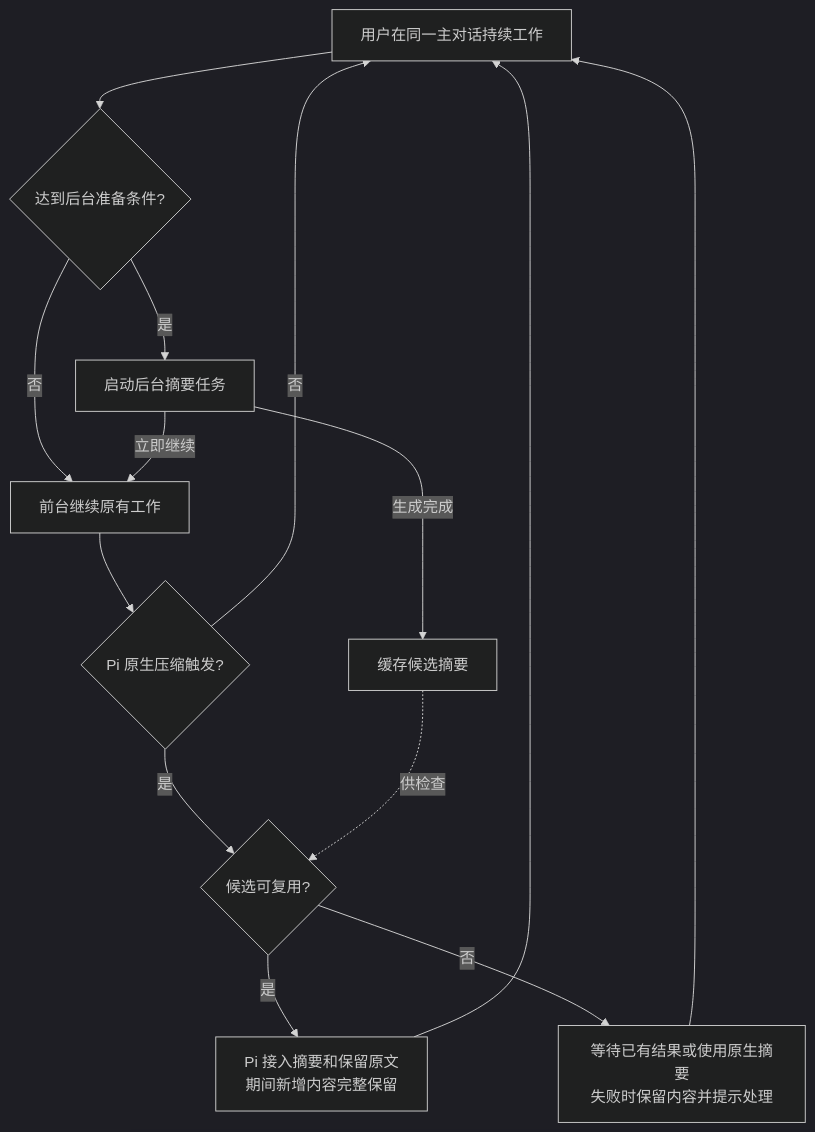
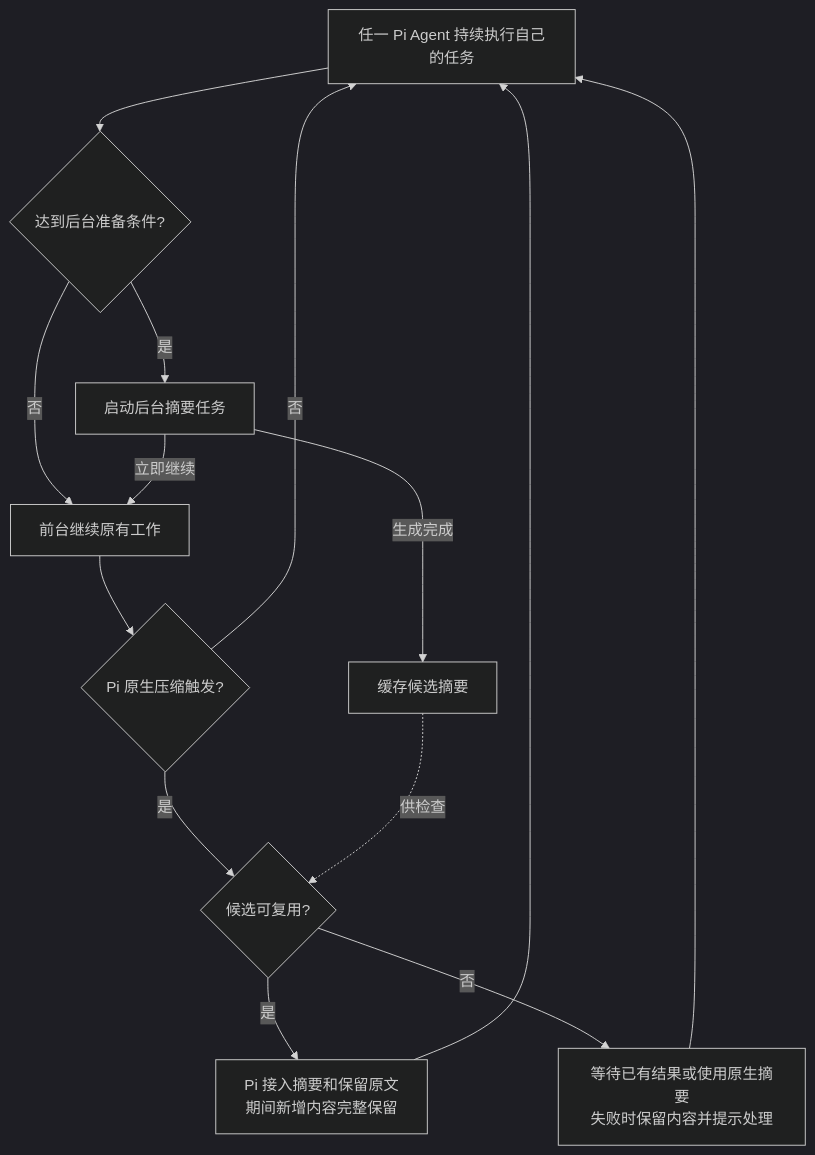
One commit to ZHOUKAILIAN/my-pi-extension changed the diagram in docs/01-产品定义/扩展/async-compaction-扩展.md. Above: the diagram before and after it, drawn with Mermaid (dark theme). The commit also changed other lines of this file and 68 other files, not shown here.

````diff
--- a/docs/01-产品定义/扩展/async-compaction-扩展.md
+++ b/docs/01-产品定义/扩展/async-compaction-扩展.md
@@ -14,16 +14,16 @@
 ```mermaid
 flowchart TD
-    A[用户在同一主对话持续工作] --> B{达到后台准备条件?}
+    A[任一 Pi Agent 持续执行自己的任务] --> B{达到后台准备条件?}
     B -- 否 --> D[前台继续原有工作]
     B -- 是 --> C[启动后台摘要任务]
     C -- 立即继续 --> D
     C -- 生成完成 --> E[缓存候选摘要]
     D --> F{Pi 原生压缩触发?}
     F -- 否 --> A
     F -- 是 --> G{候选可复用?}
     E -. 供检查 .-> G
     G -- 是 --> H[Pi 接入摘要和保留原文<br/>期间新增内容完整保留]
     H --> A
     G -- 否 --> J[等待已有结果或使用原生摘要<br/>失败时保留内容并提示处理]
     J --> A
 ```
````
